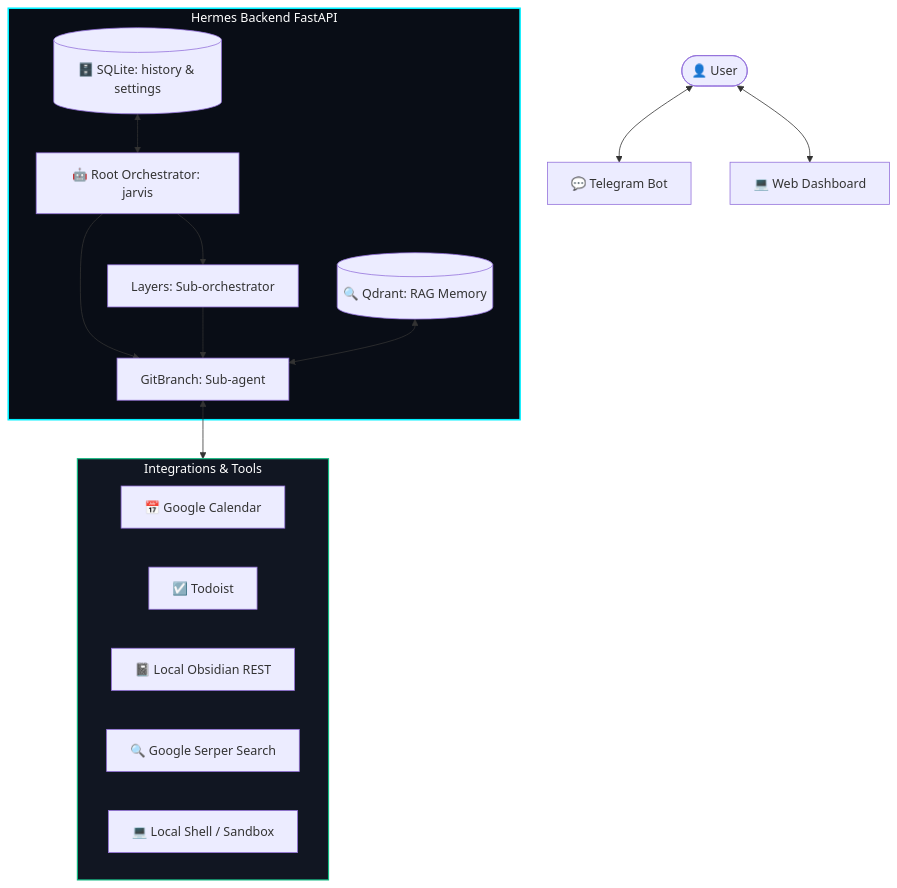
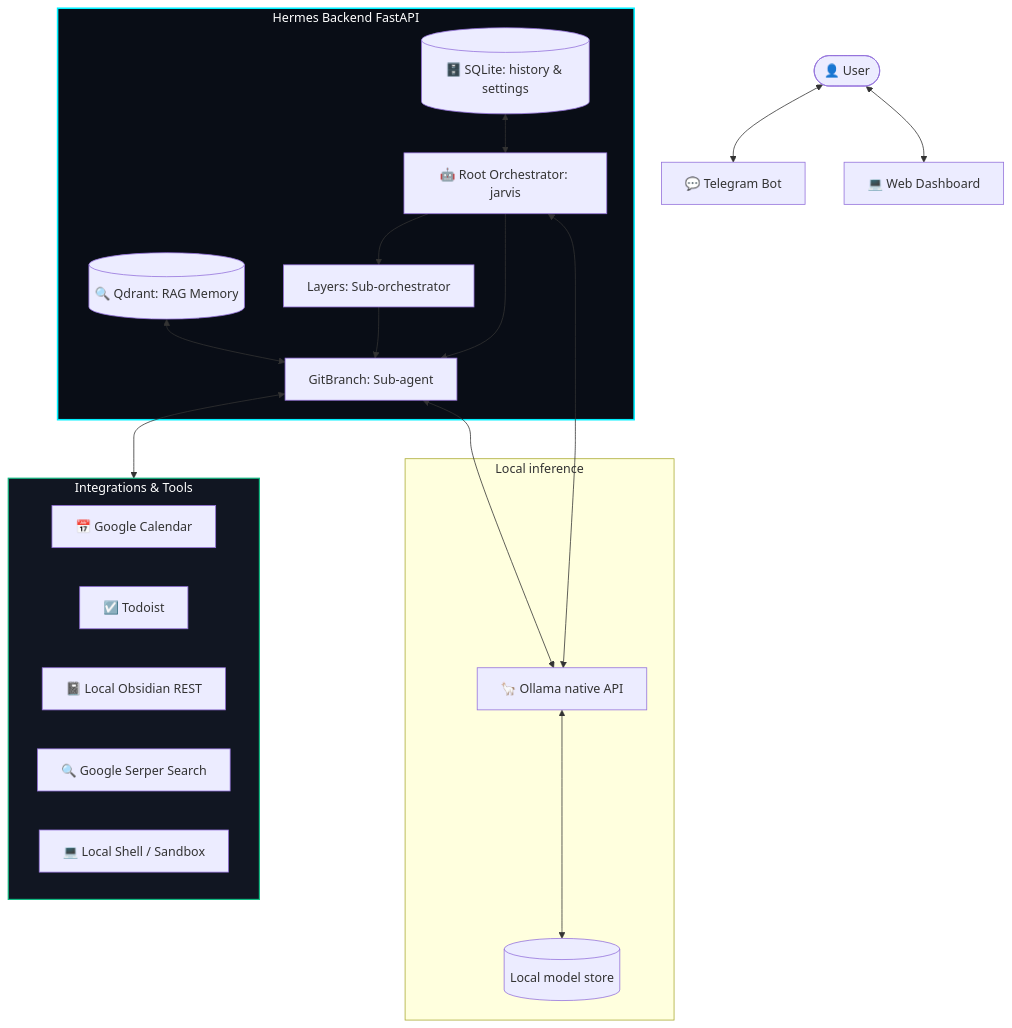
One commit to pauloberezini/hermes-synapse changed the diagram in README.md. Above: the diagram before and after it, drawn with Mermaid. The commit also changed other lines of this file and 24 other files, not shown here.

First line of the commit message:
feat: Add Ollama client and model management features

````diff
--- a/README.md
+++ b/README.md
@@ -28,31 +28,40 @@
 ```mermaid
 graph TD
     User([👤 User]) <--> TG[💬 Telegram Bot]
     User <--> Web[💻 Web Dashboard]
     
     subgraph Backend [Hermes Backend FastAPI]
         Orch[🤖 Root Orchestrator: jarvis]
         SubOrch[Layers: Sub-orchestrator]
         SubAgent[GitBranch: Sub-agent]
         
         Orch --> SubOrch
         Orch --> SubAgent
         SubOrch --> SubAgent
         
         DB[(🗄️ SQLite: history & settings)] <--> Orch
         Qdrant[(🔍 Qdrant: RAG Memory)] <--> SubAgent
     end
+
+    subgraph Inference [Local inference]
+        Ollama[🦙 Ollama native API]
+        Models[(Local model store)]
+        Ollama <--> Models
+    end
+
+    Orch <--> Ollama
+    SubAgent <--> Ollama
     
     subgraph ExternalServices [Integrations & Tools]
         Google[📅 Google Calendar]
         Todoist[☑️ Todoist]
         Obsidian[📓 Local Obsidian REST]
         WebSearch[🔍 Google Serper Search]
         LocalExec[💻 Local Shell / Sandbox]
     end
     
     SubAgent <--> ExternalServices
     
     style Backend fill:#090d16,stroke:#00f0ff,stroke-width:2px,color:#fff
     style ExternalServices fill:#111622,stroke:#10b981,stroke-width:1.5px,color:#fff
 ```
````
